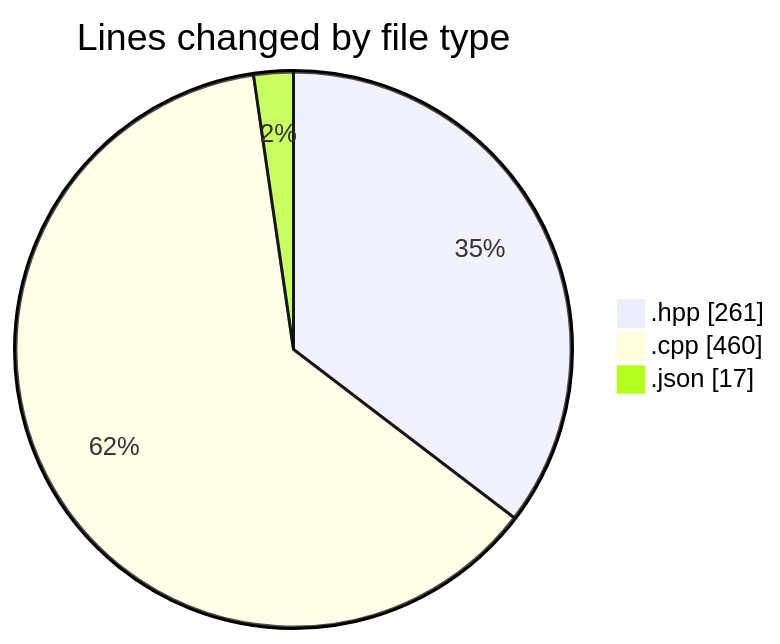
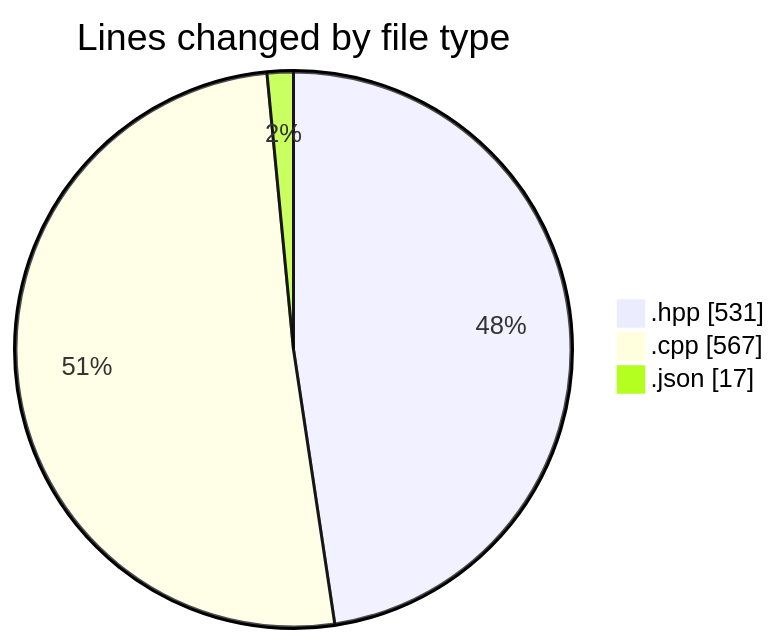
The first of 2 diagrams in 2025-05-03/date/README.md (Netris89/code-tracking), drawn with Mermaid before and after one commit. The commit also changed other lines of this file and 1 other file, not shown here.

````diff
--- a/2025-05-03/date/README.md
+++ b/2025-05-03/date/README.md
@@ -29,7 +29,7 @@
 ```mermaid
 pie showData
 title Lines changed by file type
-".hpp" : 261
-".cpp" : 460
+".hpp" : 531
+".cpp" : 567
 ".json" : 17
 ```
````
